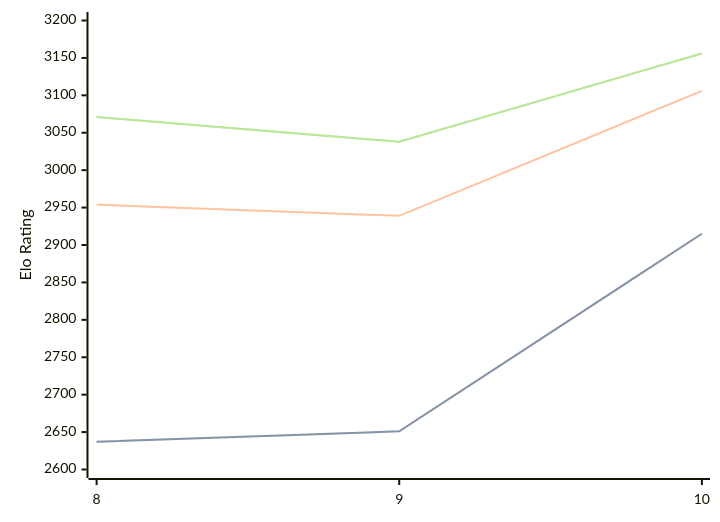
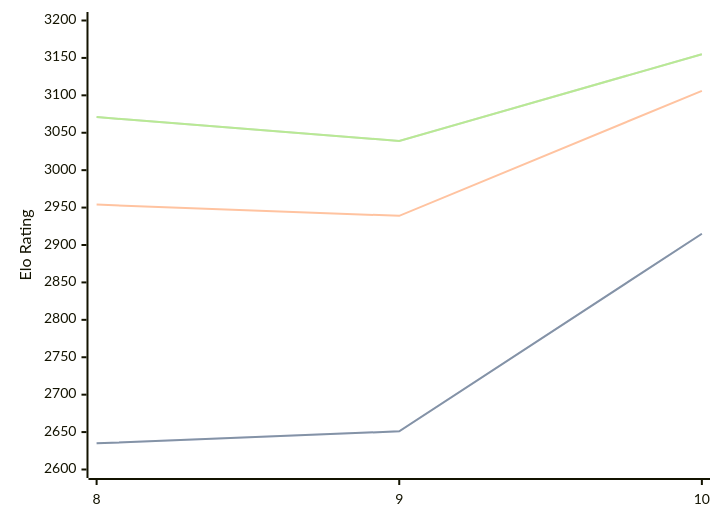
Before and after one commit to computer-chess-index/cci: the diagram in engines/Lozza.md, drawn with Mermaid. The commit also changed other lines of this file, not shown here.

Commit message:
Update CCI Ratings (ELO VLTC) - 2026-03-18

````diff
--- a/engines/Lozza.md
+++ b/engines/Lozza.md
@@ -39,11 +39,11 @@
 ```mermaid
 %%{init: {"theme":"base","themeVariables":{"seriesColors:['#a3a3a3','#222221','#faa371']}}}%%
 xychart-beta
   x-axis ["8", "9", "10"]
   y-axis "Elo Rating" 2600 --> 3200
-  line "STC (8.0+0.08s)" [2637, 2651, 2915]
-  line "STC (8.0+0.08s)" [2637, 2651, 2915]
+  line "STC (8.0+0.08s)" [2635, 2651, 2915]
+  line "STC (8.0+0.08s)" [2635, 2651, 2915]
   line "LTC (60.0+0.60s)" [2954, 2939, 3106]
-  line "VLTC (2m24s+1.12s)" [3071, 3038, 3156]
-  line "VLTC (2m24s+1.12s)" [3071, 3038, 3156]
+  line "VLTC (2m24s+1.12s)" [3071, 3039, 3155]
+  line "VLTC (2m24s+1.12s)" [3071, 3039, 3155]
 ```
````
